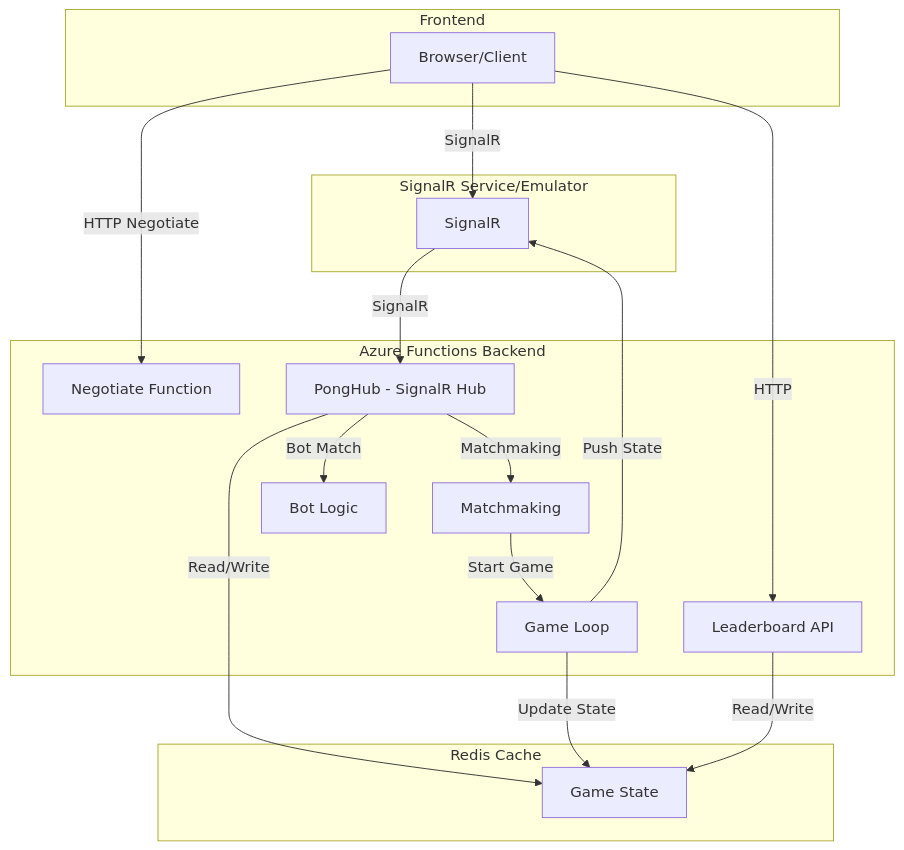
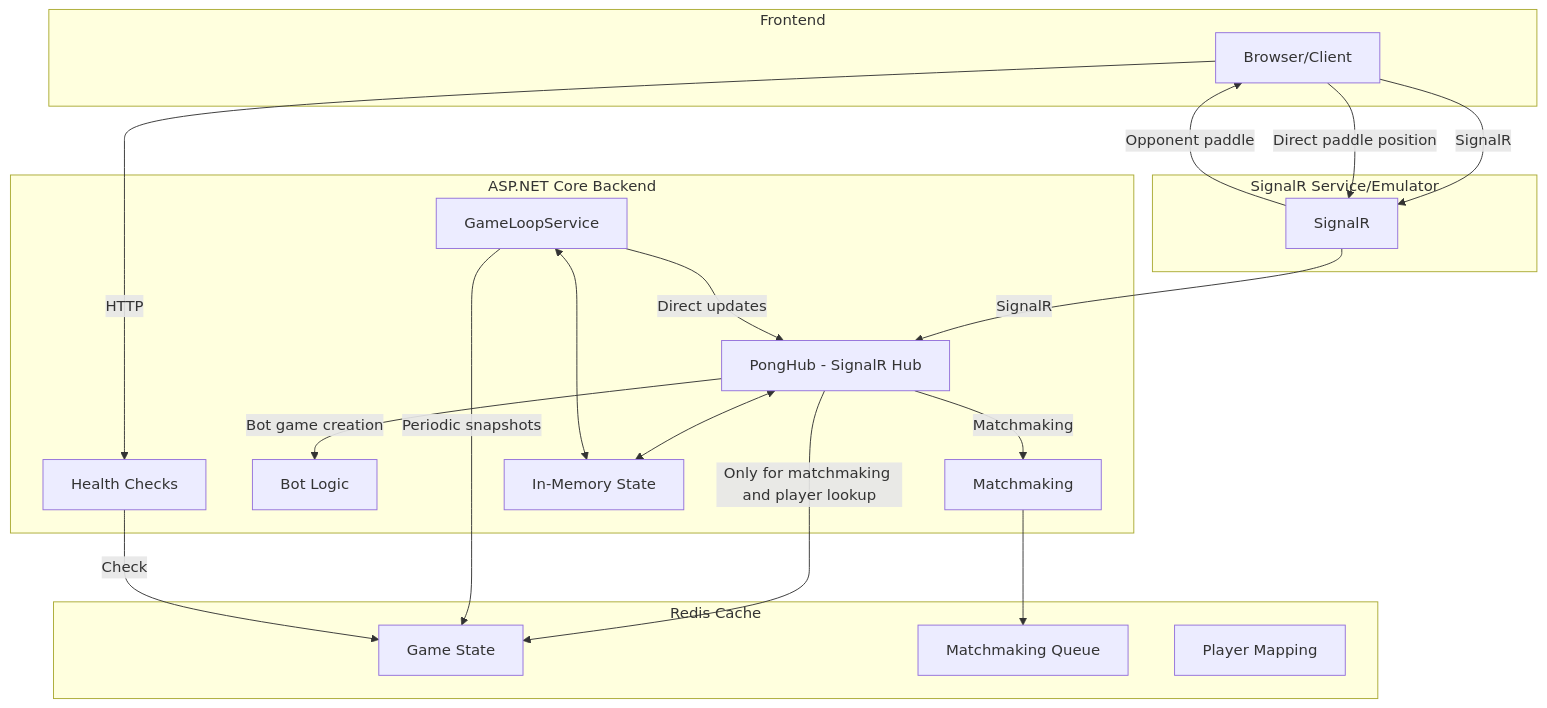
The first of 4 diagrams in SYSTEM_DESIGN.md (rmoreirao/AzureOnlinePongGame), drawn with Mermaid before and after one commit. The commit also changed other lines of this file and 7 other files, not shown here.

Commit message:
feat: Optimize paddle updates and session management with in-memory caching and reduced Redis writes

````diff
--- a/SYSTEM_DESIGN.md
+++ b/SYSTEM_DESIGN.md
@@ -31,31 +32,37 @@
 ```mermaid
 flowchart TD
     subgraph Frontend
         A[Browser/Client]
     end
-    subgraph Azure_Functions[Azure Functions Backend]
-        B1[Negotiate Function]
+    subgraph ASPNET_Core[ASP.NET Core Backend]
         B2[PongHub - SignalR Hub]
         B3[Matchmaking]
-        B4[Game Loop]
+        B4[GameLoopService]
         B5[Bot Logic]
-        B6[Leaderboard API]
+        B6[Health Checks]
+        IM[In-Memory State]
     end
     subgraph Azure_SignalR[SignalR Service/Emulator]
         S[SignalR]
     end
     subgraph Redis[Redis Cache]
         R[Game State]
+        RQ[Matchmaking Queue]
+        RM[Player Mapping]
     end
-    A -- HTTP Negotiate --> B1
     A -- SignalR --> S
     S -- SignalR --> B2
-    B2 -- Read/Write --> R
+    B2 <--> IM
+    B4 <--> IM
+    B2 -- Only for matchmaking and player lookup --> R
     B2 -- Matchmaking --> B3
-    B3 -- Start Game --> B4
-    B4 -- Update State --> R
-    B4 -- Push State --> S
-    B2 -- Bot Match --> B5
+    B3 --> RQ
+    B4 -- Periodic snapshots --> R
+    B4 -- Direct updates --> B2
+    B2 -- Bot game creation --> B5
     A -- HTTP --> B6
-    B6 -- Read/Write --> R
+    B6 -- Check --> R
+    
+    %% Direct client-to-client paddle updates
+    A -- Direct paddle position --> S -- Opponent paddle --> A
 ```
````
